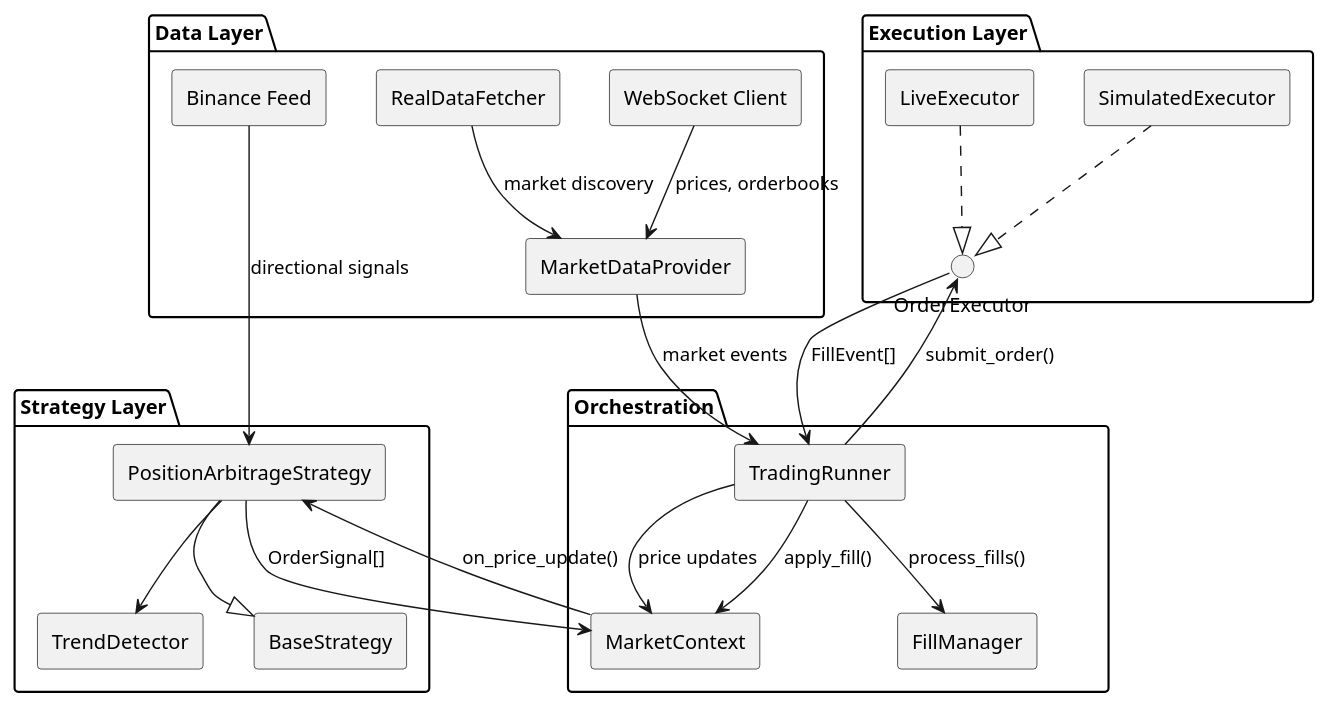
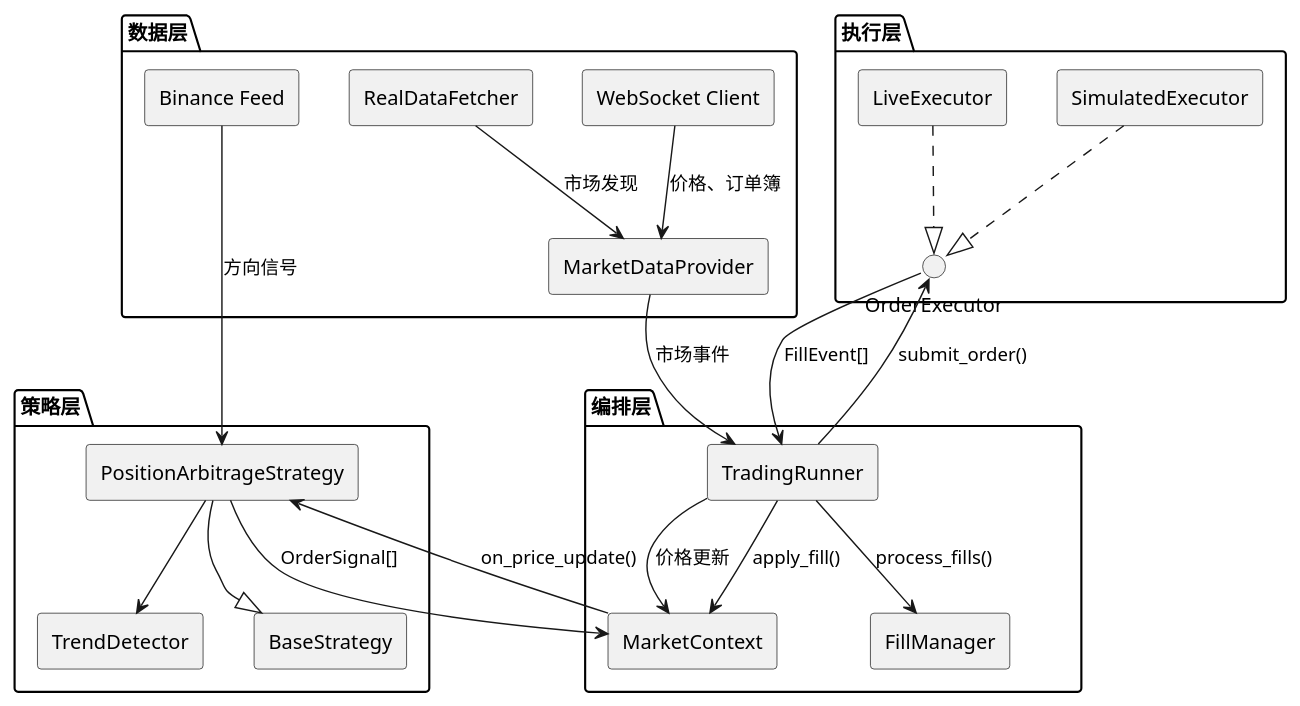
The first of 10 diagrams in docs/strategy-first-principles.md (jsyqrt/polymoney), drawn with PlantUML before and after one commit. The commit also changed other lines of this file, not shown here.

````diff
--- a/docs/strategy-first-principles.md
+++ b/docs/strategy-first-principles.md
@@ -115,48 +115,48 @@
 ```plantuml
 @startuml component_diagram
 skinparam componentStyle rectangle
 
-package "Data Layer" {
+package "数据层" {
   [MarketDataProvider] as MDP
   [WebSocket Client] as WS
   [RealDataFetcher] as RDF
   [Binance Feed] as BF
 }
 
-package "Strategy Layer" {
+package "策略层" {
   [PositionArbitrageStrategy] as PAS
   [TrendDetector] as TD
   [BaseStrategy] as BS
   PAS --|> BS
   PAS --> TD
 }
 
-package "Execution Layer" {
+package "执行层" {
   [SimulatedExecutor] as SE
   [LiveExecutor] as LE
   interface "OrderExecutor" as OE
   SE ..|> OE
   LE ..|> OE
 }
 
-package "Orchestration" {
+package "编排层" {
   [TradingRunner] as TR
   [MarketContext] as MC
   [FillManager] as FM
 }
 
-MDP --> TR : market events
-WS --> MDP : prices, orderbooks
-RDF --> MDP : market discovery
-BF --> PAS : directional signals
+MDP --> TR : 市场事件
+WS --> MDP : 价格、订单簿
+RDF --> MDP : 市场发现
+BF --> PAS : 方向信号
 
-TR --> MC : price updates
+TR --> MC : 价格更新
 MC --> PAS : on_price_update()
 PAS --> MC : OrderSignal[]
 TR --> OE : submit_order()
 OE --> TR : FillEvent[]
 TR --> MC : apply_fill()
 TR --> FM : process_fills()
 
 @enduml
 ```
````
